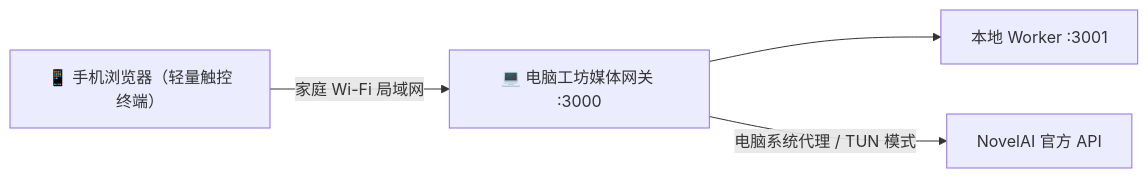
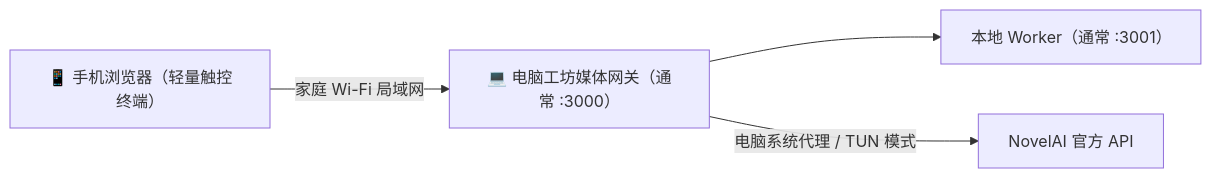
One commit to HelloQun54321/nai-atelier changed the first of 2 diagrams in README.md. Above: the diagram before and after it, drawn with Mermaid. The commit also changed other lines of this file and 9 other files, not shown here.

````diff
--- a/README.md
+++ b/README.md
@@ -145,6 +153,6 @@
 ```mermaid
 flowchart LR
-    P["📱 手机浏览器（轻量触控终端）"] -->|家庭 Wi-Fi 局域网| G["💻 电脑工坊媒体网关 :3000"]
-    G --> W["本地 Worker :3001"]
+    P["📱 手机浏览器（轻量触控终端）"] -->|家庭 Wi-Fi 局域网| G["💻 电脑工坊媒体网关（通常 :3000）"]
+    G --> W["本地 Worker（通常 :3001）"]
     G -->|电脑系统代理 / TUN 模式| N["NovelAI 官方 API"]
 ```
````
